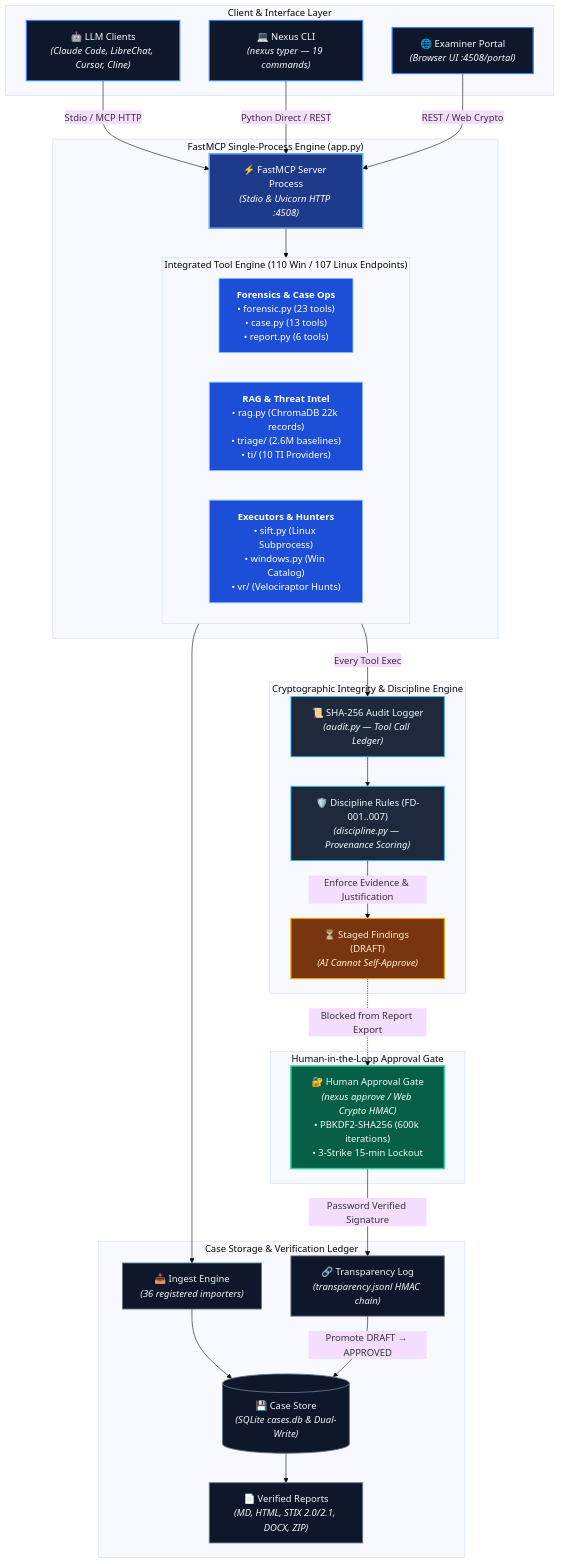
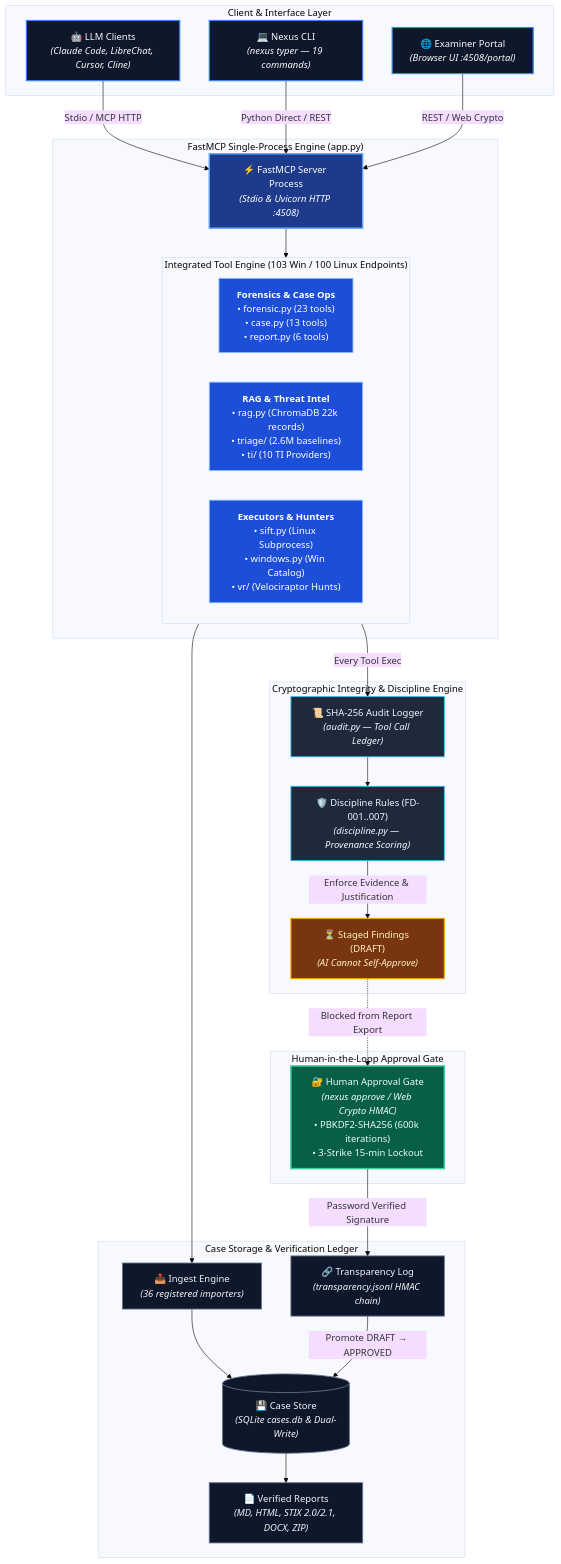
Before and after one commit to Ganron007/DFIR-Nexus: the diagram in Docs/ARCHITECTURE.md, drawn with Mermaid (base theme). The commit also changed other lines of this file and 5 other files, not shown here.

````diff
--- a/Docs/ARCHITECTURE.md
+++ b/Docs/ARCHITECTURE.md
@@ -17,72 +17,72 @@
 ```mermaid
 flowchart TD
     %% DFIR-Nexus Architecture Diagram - Logo Matched (#1e3a8a, #2563eb, #60a5fa, #0f172a)
     classDef clientStyle fill:#0f172a,stroke:#3b82f6,stroke-width:2px,color:#f8fafc;
     classDef serverStyle fill:#1e3a8a,stroke:#60a5fa,stroke-width:2.5px,color:#ffffff;
     classDef toolStyle fill:#1d4ed8,stroke:#93c5fd,stroke-width:1.5px,color:#ffffff;
     classDef disciplineStyle fill:#1e293b,stroke:#38bdf8,stroke-width:1.5px,color:#f0f9ff;
     classDef draftStyle fill:#78350f,stroke:#f59e0b,stroke-width:2px,color:#fef3c7;
     classDef gateStyle fill:#065f46,stroke:#34d399,stroke-width:2.5px,color:#ecfdf5;
     classDef storageStyle fill:#0f172a,stroke:#64748b,stroke-width:1.5px,color:#f1f5f9;
 
     subgraph CLIENTS [" Client & Interface Layer "]
         LLM["🤖 LLM Clients<br/><i>(Claude Code, LibreChat, Cursor, Cline)</i>"]:::clientStyle
         CLI["💻 Nexus CLI<br/><i>(nexus typer — 19 commands)</i>"]:::clientStyle
         WEB["🌐 Examiner Portal<br/><i>(Browser UI :4508/portal)</i>"]:::clientStyle
     end
 
     subgraph CORE [" FastMCP Single-Process Engine (app.py) "]
         MCP["⚡ FastMCP Server Process<br/><i>(Stdio & Uvicorn HTTP :4508)</i>"]:::serverStyle
         
-        subgraph MODULES [" Integrated Tool Engine (110 Win / 107 Linux Endpoints) "]
+        subgraph MODULES [" Integrated Tool Engine (103 Win / 100 Linux Endpoints) "]
             direction LR
             CORE_TOOLS["<b>Forensics & Case Ops</b><br/>• forensic.py (23 tools)<br/>• case.py (13 tools)<br/>• report.py (6 tools)"]:::toolStyle
             INTEL_TOOLS["<b>RAG & Threat Intel</b><br/>• rag.py (ChromaDB 22k records)<br/>• triage/ (2.6M baselines)<br/>• ti/ (10 TI Providers)"]:::toolStyle
             EXEC_TOOLS["<b>Executors & Hunters</b><br/>• sift.py (Linux Subprocess)<br/>• windows.py (Win Catalog)<br/>• vr/ (Velociraptor Hunts)"]:::toolStyle
         end
     end
 
     subgraph DISCIPLINE [" Cryptographic Integrity & Discipline Engine "]
         AUDIT["📜 SHA-256 Audit Logger<br/><i>(audit.py — Tool Call Ledger)</i>"]:::disciplineStyle
         RULES["🛡️ Discipline Rules (FD-001..007)<br/><i>(discipline.py — Provenance Scoring)</i>"]:::disciplineStyle
         DRAFT["⏳ Staged Findings (DRAFT)<br/><i>(AI Cannot Self-Approve)</i>"]:::draftStyle
     end
 
     subgraph HITL [" Human-in-the-Loop Approval Gate "]
         GATE["🔐 Human Approval Gate<br/><i>(nexus approve / Web Crypto HMAC)</i><br/>• PBKDF2-SHA256 (600k iterations)<br/>• 3-Strike 15-min Lockout"]:::gateStyle
     end
 
     subgraph LEDGER [" Case Storage & Verification Ledger "]
         INGEST["📥 Ingest Engine<br/><i>(36 registered importers)</i>"]:::storageStyle
         DB[("💾 Case Store<br/><i>(SQLite cases.db & Dual-Write)</i>")]:::storageStyle
         TRANSPARENCY["🔗 Transparency Log<br/><i>(transparency.jsonl HMAC chain)</i>"]:::storageStyle
         REPORTS["📄 Verified Reports<br/><i>(MD, HTML, STIX 2.0/2.1, DOCX, ZIP)</i>"]:::storageStyle
     end
 
     %% Flow Connections
     LLM -->|Stdio / MCP HTTP| MCP
     CLI -->|Python Direct / REST| MCP
     WEB -->|REST / Web Crypto| MCP
 
     MCP --> MODULES
     MODULES --> INGEST
     INGEST --> DB
 
     MODULES -->|Every Tool Exec| AUDIT
     AUDIT --> RULES
     RULES -->|Enforce Evidence & Justification| DRAFT
 
     DRAFT -.->|Blocked from Report Export| GATE
     GATE -->|Password Verified Signature| TRANSPARENCY
     TRANSPARENCY -->|Promote DRAFT → APPROVED| DB
     DB --> REPORTS
 
     %% Apply Styles
     class LLM,CLI,WEB clientStyle;
     class MCP serverStyle;
     class CORE_TOOLS,INTEL_TOOLS,EXEC_TOOLS toolStyle;
     class AUDIT,RULES disciplineStyle;
     class DRAFT draftStyle;
     class GATE gateStyle;
     class INGEST,DB,TRANSPARENCY,REPORTS storageStyle;
 ```
````
